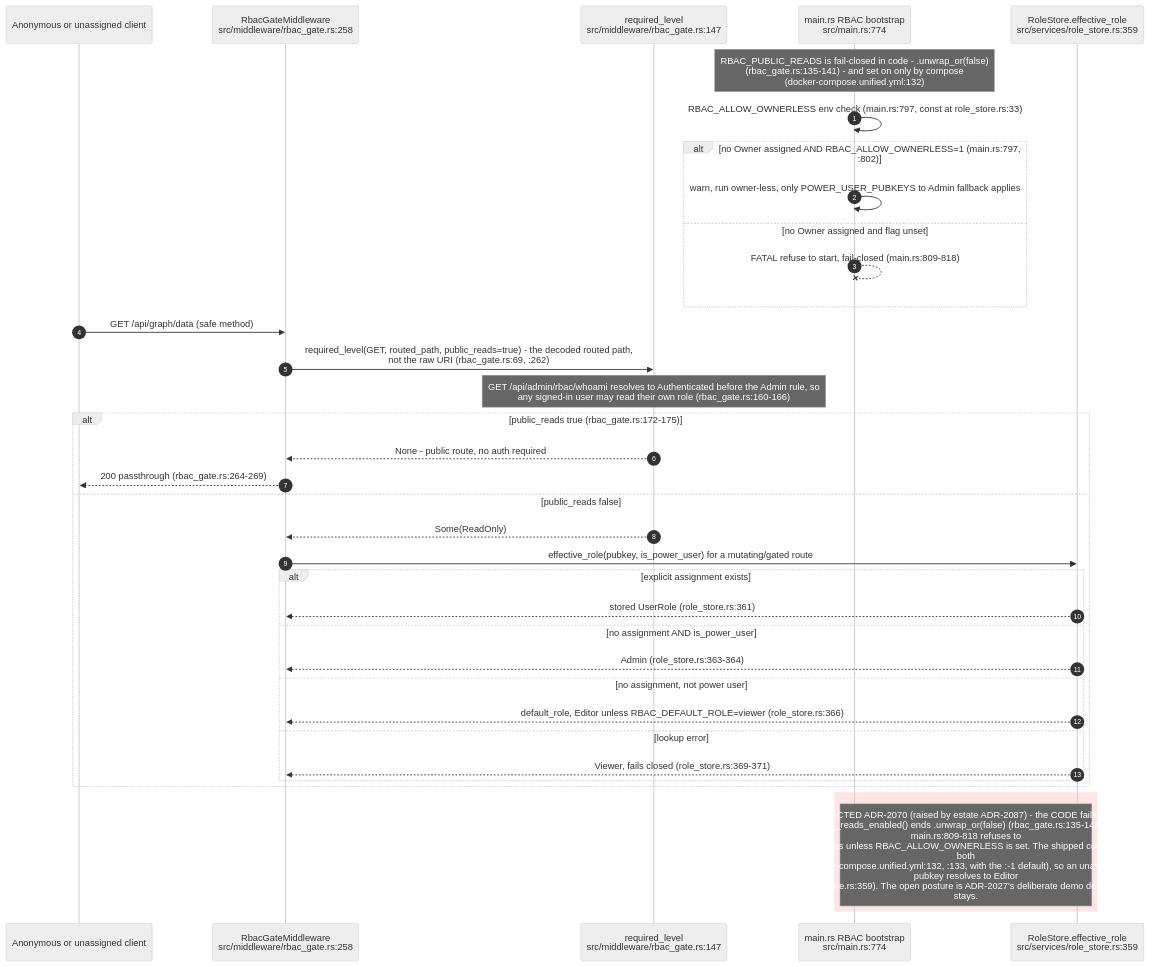
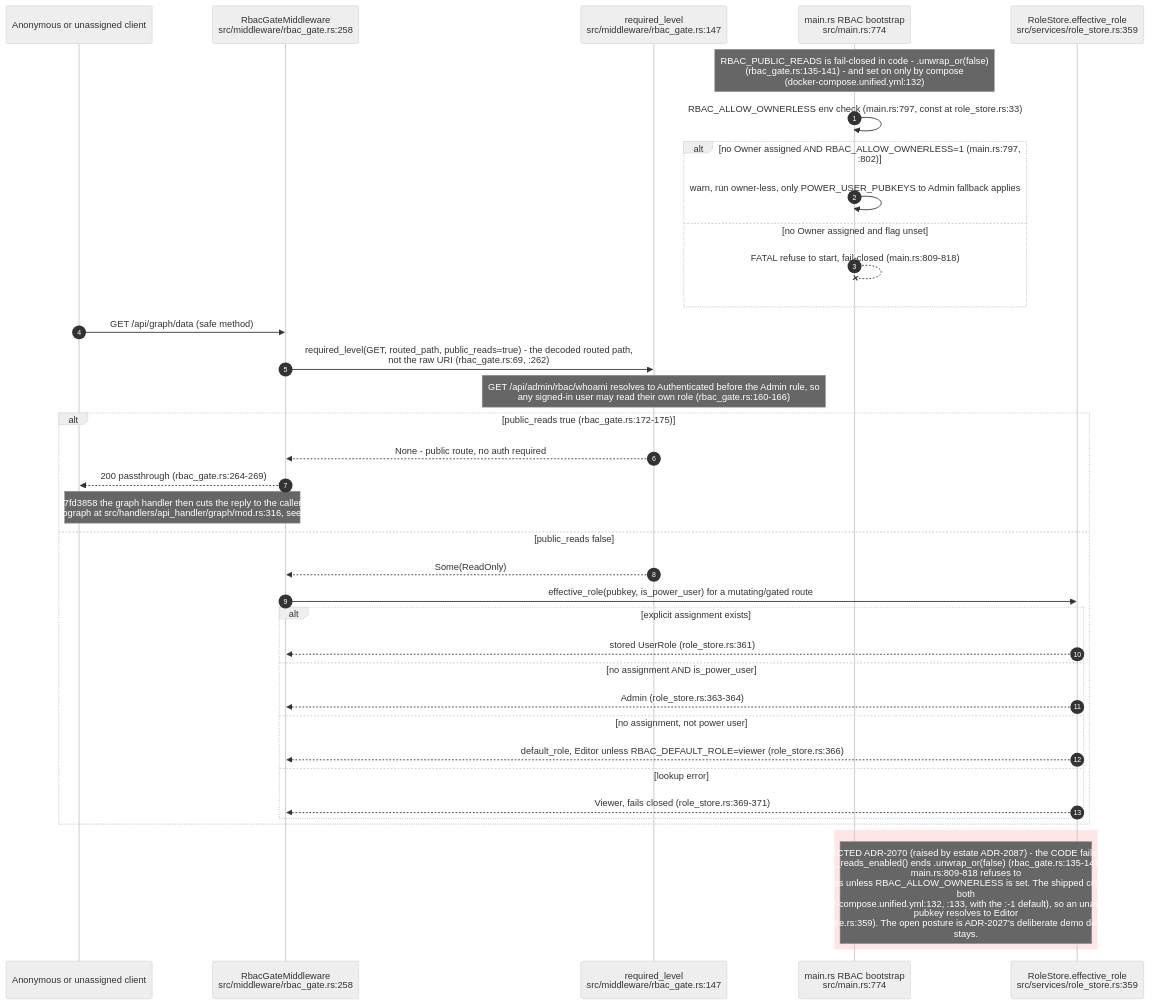
One commit to DreamLab-AI/VisionFlow changed the ninth of 13 diagrams in docs/diagrams/visionclaw/22-data-authority-provenance-erasure.md. Above: the diagram before and after it, drawn with Mermaid (neutral theme). The commit also changed other lines of this file and 56 other files, not shown here.

First line of the commit message:
docs(diagrams): re-verify VisionClaw topics at ec785afa9, add VC-19/56/57 and the VisionClaw register

````diff
--- a/docs/diagrams/visionclaw/22-data-authority-provenance-erasure.md
+++ b/docs/diagrams/visionclaw/22-data-authority-provenance-erasure.md
@@ -395,39 +407,40 @@
 ```mermaid
 sequenceDiagram
     autonumber
     participant C as Anonymous or unassigned client
     participant GATE as RbacGateMiddleware<br/>src/middleware/rbac_gate.rs:258
     participant REQ as required_level<br/>src/middleware/rbac_gate.rs:147
     participant BOOT as main.rs RBAC bootstrap<br/>src/main.rs:774
     participant RS as RoleStore.effective_role<br/>src/services/role_store.rs:359
 
     Note over BOOT: RBAC_PUBLIC_READS is fail-closed in code - .unwrap_or(false)<br/>(rbac_gate.rs:135-141) - and set on only by compose<br/>(docker-compose.unified.yml:132)
     BOOT->>BOOT: RBAC_ALLOW_OWNERLESS env check (main.rs:797, const at role_store.rs:33)
     alt no Owner assigned AND RBAC_ALLOW_OWNERLESS=1 (main.rs:797, :802)
         BOOT->>BOOT: warn, run owner-less, only POWER_USER_PUBKEYS to Admin fallback applies
     else no Owner assigned and flag unset
         BOOT--xBOOT: FATAL refuse to start, fail-closed (main.rs:809-818)
     end
     C->>GATE: GET /api/graph/data (safe method)
     GATE->>REQ: required_level(GET, routed_path, public_reads=true) - the decoded routed path,<br/>not the raw URI (rbac_gate.rs:69, :262)
     Note over REQ: GET /api/admin/rbac/whoami resolves to Authenticated before the Admin rule, so<br/>any signed-in user may read their own role (rbac_gate.rs:160-166)
     alt public_reads true (rbac_gate.rs:172-175)
         REQ-->>GATE: None - public route, no auth required
         GATE-->>C: 200 passthrough (rbac_gate.rs:264-269)
+        Note over C,GATE: since dc7fd3858 the graph handler then cuts the reply to the caller's view -<br/>visible_subgraph at src/handlers/api_handler/graph/mod.rs:316, see VC-22.12
     else public_reads false
         REQ-->>GATE: Some(ReadOnly)
         GATE->>RS: effective_role(pubkey, is_power_user) for a mutating/gated route
         alt explicit assignment exists
             RS-->>GATE: stored UserRole (role_store.rs:361)
         else no assignment AND is_power_user
             RS-->>GATE: Admin (role_store.rs:363-364)
         else no assignment, not power user
             RS-->>GATE: default_role, Editor unless RBAC_DEFAULT_ROLE=viewer (role_store.rs:366)
         else lookup error
             RS-->>GATE: Viewer, fails closed (role_store.rs:369-371)
         end
     end
     rect rgb(255, 230, 230)
     Note over BOOT,RS: CORRECTED ADR-2070 (raised by estate ADR-2087) - the CODE fails closed:<br/>public_reads_enabled() ends .unwrap_or(false) (rbac_gate.rs:135-141) and<br/>main.rs:809-818 refuses to<br/>start owner-less unless RBAC_ALLOW_OWNERLESS is set. The shipped compose inverts<br/>both<br/>(docker-compose.unified.yml:132, :133, with the :-1 default), so an unassigned<br/>pubkey resolves to Editor<br/>(role_store.rs:359). The open posture is ADR-2027's deliberate demo default and<br/>stays.
     end
 ```
````
